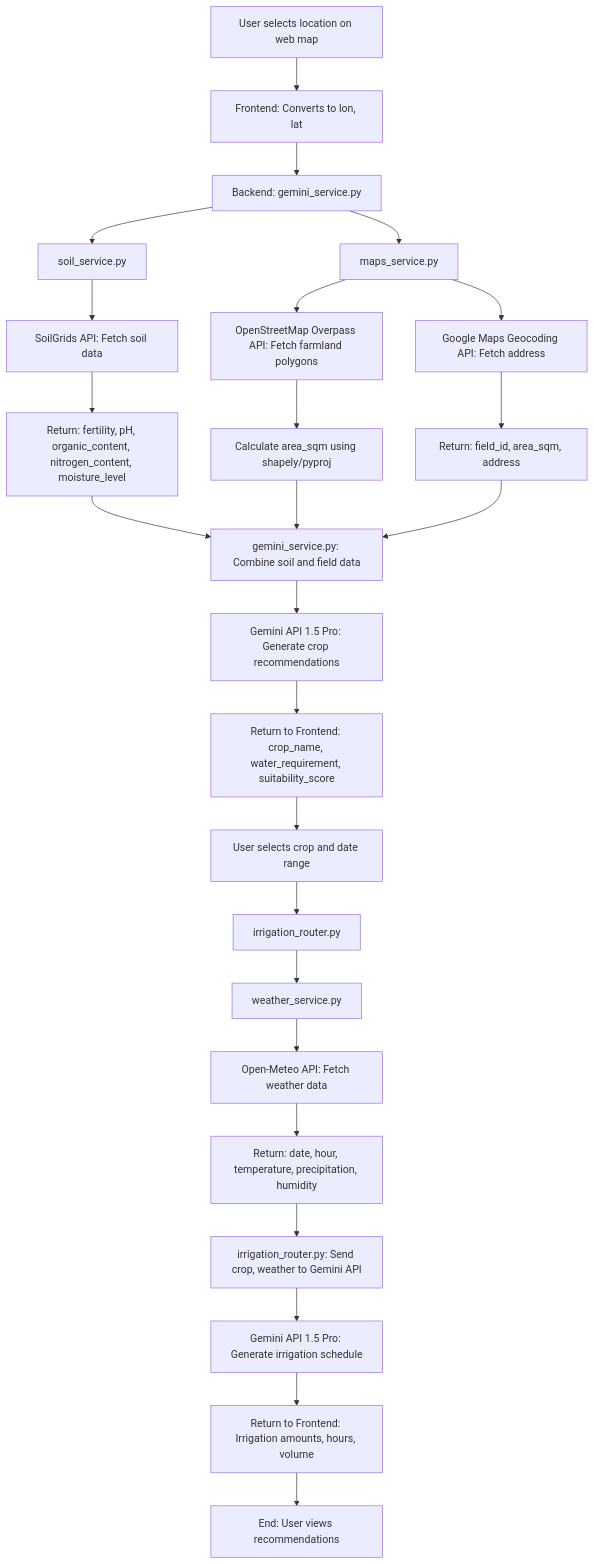
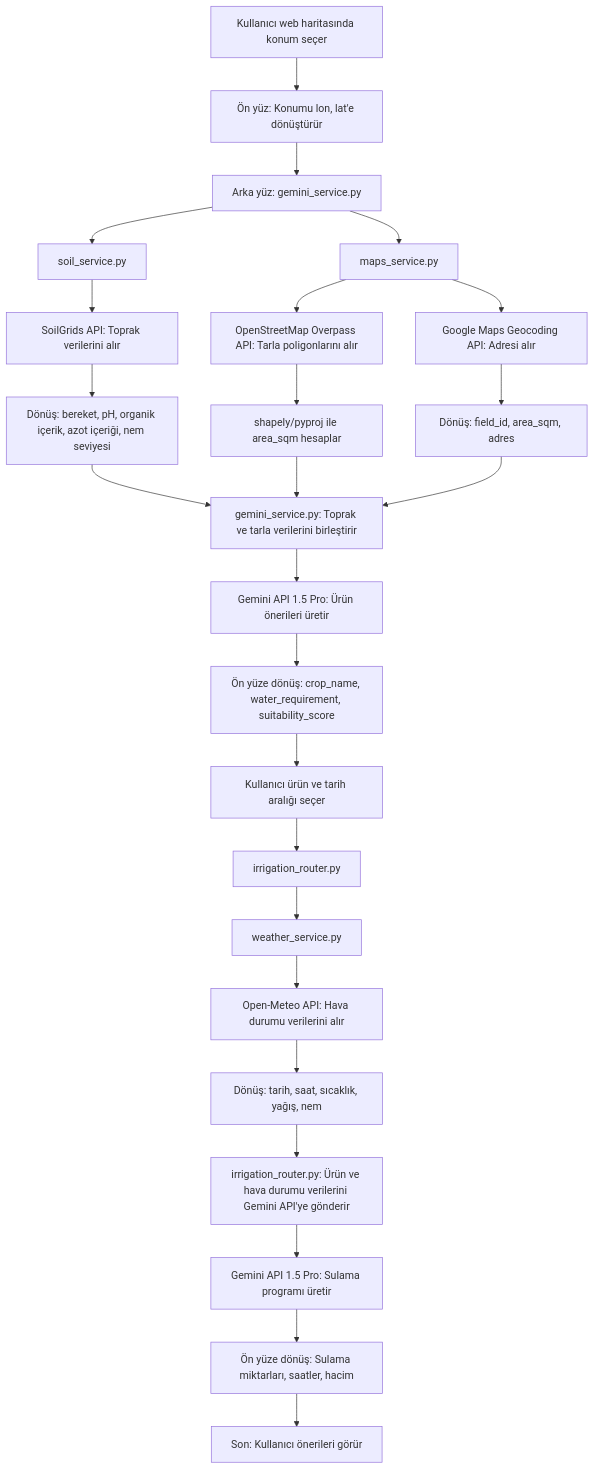
One commit to nicefaa6waa/Acua changed the diagram in README.md. Above: the diagram before and after it, drawn with Mermaid. The commit also changed other lines of this file, not shown here.

````diff
--- a/README.md
+++ b/README.md
@@ -97,27 +97,27 @@
 ```mermaid
 graph TD
-    A[User selects location on web map] --> B[Frontend: Converts to lon, lat]
-    B --> C[Backend: gemini_service.py]
+    A[Kullanıcı web haritasında konum seçer] --> B[Ön yüz: Konumu lon, lat'e dönüştürür]
+    B --> C[Arka yüz: gemini_service.py]
     C --> D[soil_service.py]
     C --> E[maps_service.py]
-    D --> F[SoilGrids API: Fetch soil data]
-    E --> G[OpenStreetMap Overpass API: Fetch farmland polygons]
-    E --> H[Google Maps Geocoding API: Fetch address]
-    F --> I[Return: fertility, pH, organic_content, nitrogen_content, moisture_level]
-    G --> J[Calculate area_sqm using shapely/pyproj]
-    H --> K[Return: field_id, area_sqm, address]
-    I --> L[gemini_service.py: Combine soil and field data]
+    D --> F[SoilGrids API: Toprak verilerini alır]
+    E --> G[OpenStreetMap Overpass API: Tarla poligonlarını alır]
+    E --> H[Google Maps Geocoding API: Adresi alır]
+    F --> I[Dönüş: bereket, pH, organik içerik, azot içeriği, nem seviyesi]
+    G --> J[shapely/pyproj ile area_sqm hesaplar]
+    H --> K[Dönüş: field_id, area_sqm, adres]
+    I --> L[gemini_service.py: Toprak ve tarla verilerini birleştirir]
     J --> L
     K --> L
-    L --> M[Gemini API 1.5 Pro: Generate crop recommendations]
-    M --> N[Return to Frontend: crop_name, water_requirement, suitability_score]
-    N --> O[User selects crop and date range]
+    L --> M[Gemini API 1.5 Pro: Ürün önerileri üretir]
+    M --> N[Ön yüze dönüş: crop_name, water_requirement, suitability_score]
+    N --> O[Kullanıcı ürün ve tarih aralığı seçer]
     O --> P[irrigation_router.py]
     P --> Q[weather_service.py]
-    Q --> R[Open-Meteo API: Fetch weather data]
-    R --> S[Return: date, hour, temperature, precipitation, humidity]
-    S --> T[irrigation_router.py: Send crop, weather to Gemini API]
-    T --> U[Gemini API 1.5 Pro: Generate irrigation schedule]
-    U --> V[Return to Frontend: Irrigation amounts, hours, volume]
-    V --> W[End: User views recommendations]
+    Q --> R[Open-Meteo API: Hava durumu verilerini alır]
+    R --> S[Dönüş: tarih, saat, sıcaklık, yağış, nem]
+    S --> T[irrigation_router.py: Ürün ve hava durumu verilerini Gemini API'ye gönderir]
+    T --> U[Gemini API 1.5 Pro: Sulama programı üretir]
+    U --> V[Ön yüze dönüş: Sulama miktarları, saatler, hacim]
+    V --> W[Son: Kullanıcı önerileri görür]
 ```
````
